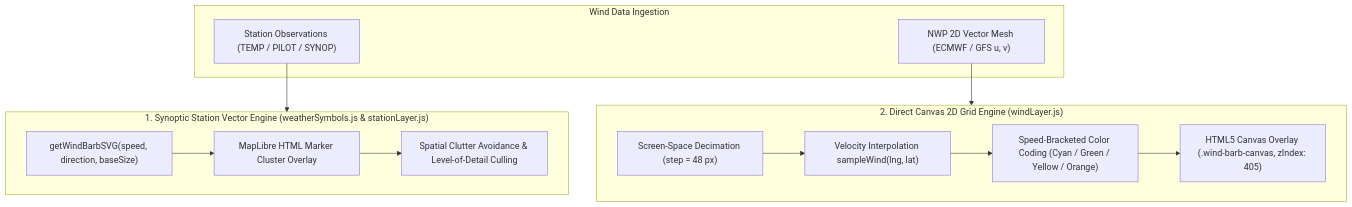
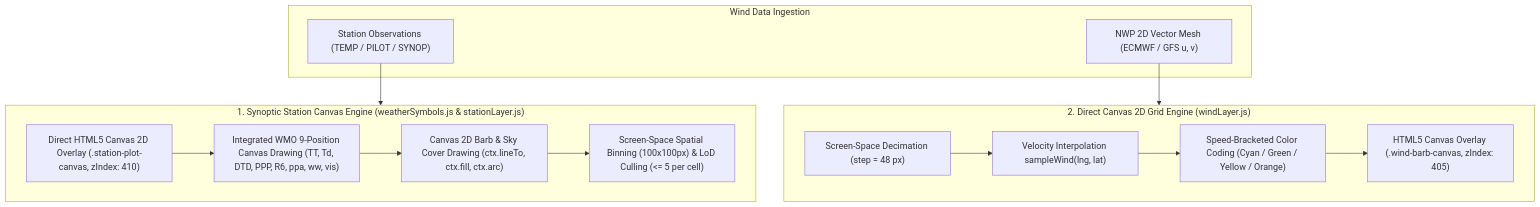
The eighth of 8 diagrams in Architecture.md (likev/micaps-web), drawn with Mermaid before and after one commit. The commit also changed other lines of this file and 3 other files, not shown here.

Commit message:
feat(station): upgrade surface and upper-air station plots to direct HTML5 Canvas 2D overlay for locked 60 FPS navigation

````diff
--- a/Architecture.md
+++ b/Architecture.md
@@ -987,25 +987,26 @@
 ```mermaid
 graph TD
     subgraph Input ["Wind Data Ingestion"]
         StationObs["Station Observations (TEMP / PILOT / SYNOP)"]
         NWPGrid["NWP 2D Vector Mesh (ECMWF / GFS u, v)"]
     end
 
-    subgraph StationEngine ["1. Synoptic Station Vector Engine (weatherSymbols.js & stationLayer.js)"]
-        SVGGen["getWindBarbSVG(speed, direction, baseSize)"]
-        MarkerOverlay["MapLibre HTML Marker Cluster Overlay"]
-        LoDCull["Spatial Clutter Avoidance & Level-of-Detail Culling"]
-        SVGGen --> MarkerOverlay --> LoDCull
+    subgraph StationEngine ["1. Synoptic Station Canvas Engine (weatherSymbols.js & stationLayer.js)"]
+        CanvasDirect["Direct HTML5 Canvas 2D Overlay (.station-plot-canvas, zIndex: 410)"]
+        WMOPlot["Integrated WMO 9-Position Canvas Drawing (TT, Td, DTD, PPP, R6, ppa, ww, vis)"]
+        BarbCanvas["Canvas 2D Barb & Sky Cover Drawing (ctx.lineTo, ctx.fill, ctx.arc)"]
+        LoDCull["Screen-Space Spatial Binning (100x100px) & LoD Culling (<= 5 per cell)"]
+        CanvasDirect --> WMOPlot --> BarbCanvas --> LoDCull
     end
 
     subgraph GridEngine ["2. Direct Canvas 2D Grid Engine (windLayer.js)"]
         ScreenDecimate["Screen-Space Decimation (step = 48 px)"]
         BilinearVel["Velocity Interpolation sampleWind(lng, lat)"]
         ColorCoding["Speed-Bracketed Color Coding (Cyan / Green / Yellow / Orange)"]
         CanvasPaint["HTML5 Canvas Overlay (.wind-barb-canvas, zIndex: 405)"]
         ScreenDecimate --> BilinearVel --> ColorCoding --> CanvasPaint
     end
 
     StationObs --> StationEngine
     NWPGrid --> GridEngine
 ```
````
